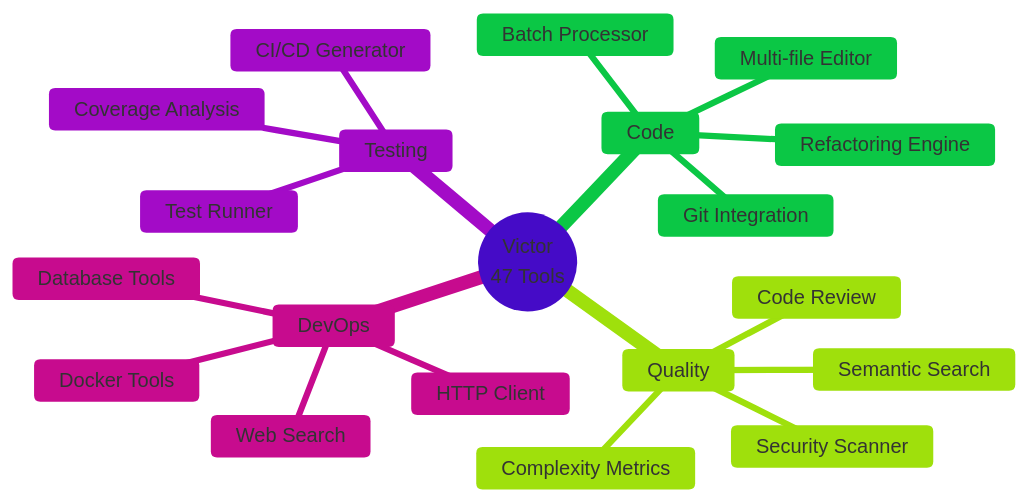
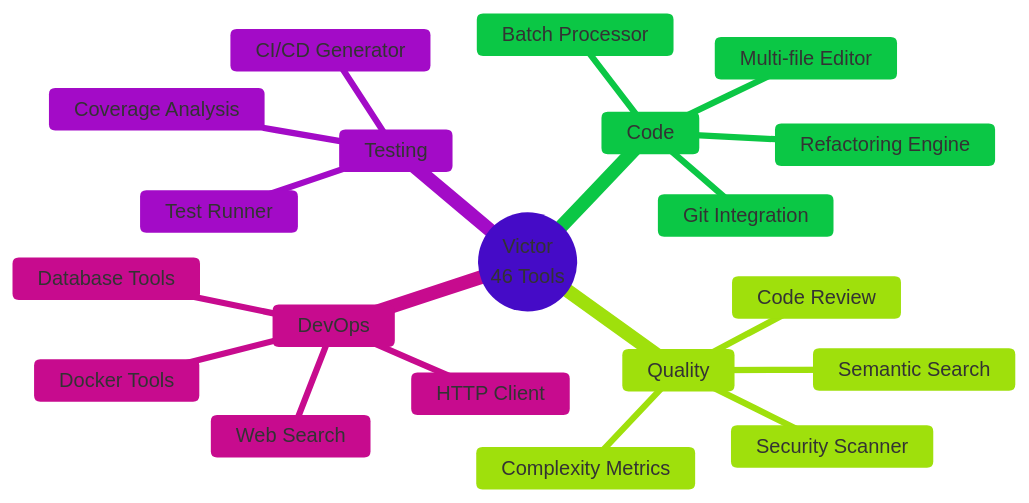
The fourth of 8 diagrams in README.md (vjsingh1984/victor), drawn with Mermaid before and after one commit. The commit also changed other lines of this file and 7 other files, not shown here.

````diff
--- a/README.md
+++ b/README.md
@@ -212,24 +212,24 @@
 ```mermaid
 %%{init: {'theme': 'base', 'themeVariables': { 'primaryColor': '#8B5CF6'}}}%%
 mindmap
-  root((Victor<br/>47 Tools))
+  root((Victor<br/>46 Tools))
     Code
       Multi-file Editor
       Batch Processor
       Refactoring Engine
       Git Integration
     Quality
       Code Review
       Security Scanner
       Complexity Metrics
       Semantic Search
     Testing
       Test Runner
       CI/CD Generator
       Coverage Analysis
     DevOps
       Docker Tools
       Database Tools
       HTTP Client
       Web Search
 ```
````
